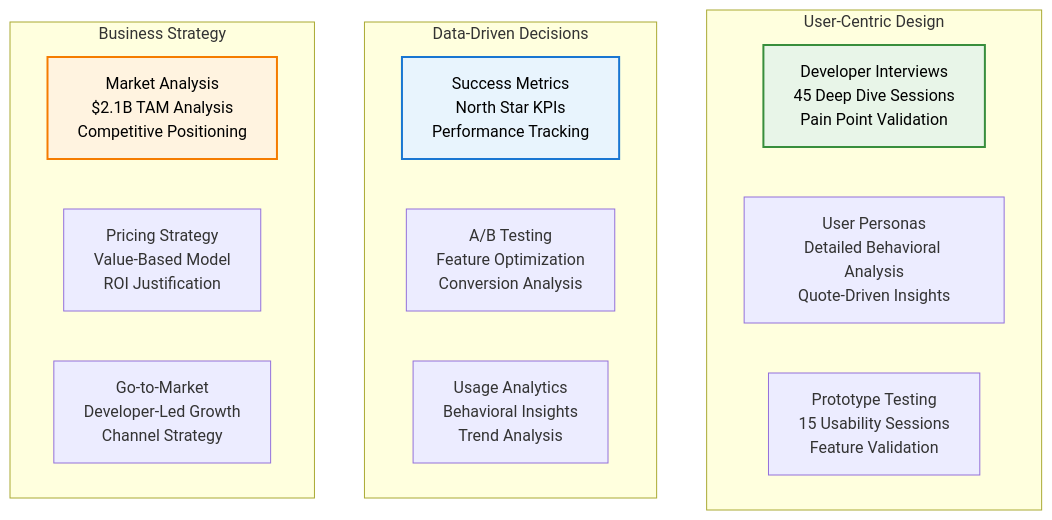
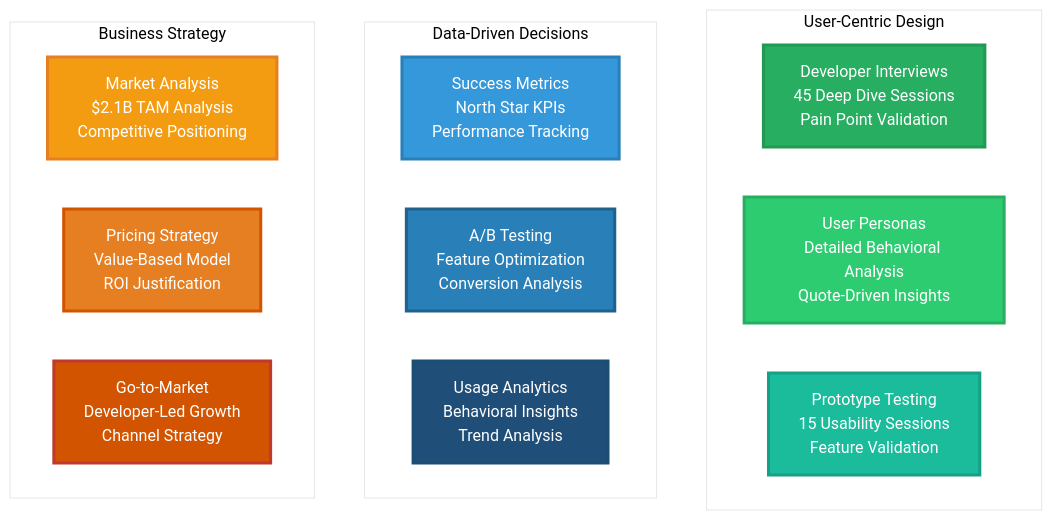
Diagram 12 of 20 in README.md (PriscillaOng12/AI-Code-Review-Squad), drawn with Mermaid before and after one commit. The commit also changed other lines of this file, not shown here.

````diff
--- a/README.md
+++ b/README.md
@@ -352,24 +413,33 @@
 ```mermaid
+%%{init: {'theme': 'base', 'themeVariables': {'primaryColor': '#ffffff', 'primaryTextColor': '#2c3e50', 'primaryBorderColor': '#2c3e50', 'lineColor': '#34495e', 'secondaryColor': '#ffffff', 'tertiaryColor': '#ffffff', 'background': '#ffffff', 'mainBkg': '#ffffff', 'secondBkg': '#ffffff', 'tertiaryBkg': '#ffffff'}}}%%
 graph TB
     subgraph "User-Centric Design"
         INTERVIEWS[Developer Interviews<br/>45 Deep Dive Sessions<br/>Pain Point Validation]
         PERSONAS[User Personas<br/>Detailed Behavioral Analysis<br/>Quote-Driven Insights]
         TESTING[Prototype Testing<br/>15 Usability Sessions<br/>Feature Validation]
     end
     
     subgraph "Data-Driven Decisions"
         METRICS[Success Metrics<br/>North Star KPIs<br/>Performance Tracking]
         AB[A/B Testing<br/>Feature Optimization<br/>Conversion Analysis]
         ANALYTICS[Usage Analytics<br/>Behavioral Insights<br/>Trend Analysis]
     end
     
     subgraph "Business Strategy"
         MARKET[Market Analysis<br/>$2.1B TAM Analysis<br/>Competitive Positioning]
         PRICING[Pricing Strategy<br/>Value-Based Model<br/>ROI Justification]
         GTM[Go-to-Market<br/>Developer-Led Growth<br/>Channel Strategy]
     end
     
-    style INTERVIEWS fill:#e8f5e8,stroke:#388e3c,stroke-width:2px,color:#000000
-    style METRICS fill:#e8f4fd,stroke:#1976d2,stroke-width:2px,color:#000000
-    style MARKET fill:#fff3e0,stroke:#f57c00,stroke-width:2px,color:#000000
+    style INTERVIEWS fill:#27ae60,stroke:#229954,stroke-width:3px,color:#ffffff
+    style PERSONAS fill:#2ecc71,stroke:#27ae60,stroke-width:3px,color:#ffffff
+    style TESTING fill:#1abc9c,stroke:#16a085,stroke-width:3px,color:#ffffff
+    
+    style METRICS fill:#3498db,stroke:#2980b9,stroke-width:3px,color:#ffffff
+    style AB fill:#2980b9,stroke:#21618c,stroke-width:3px,color:#ffffff
+    style ANALYTICS fill:#1f4e79,stroke:#1b4f72,stroke-width:3px,color:#ffffff
+    
+    style MARKET fill:#f39c12,stroke:#e67e22,stroke-width:3px,color:#ffffff
+    style PRICING fill:#e67e22,stroke:#d35400,stroke-width:3px,color:#ffffff
+    style GTM fill:#d35400,stroke:#c0392b,stroke-width:3px,color:#ffffff
 ```
````
